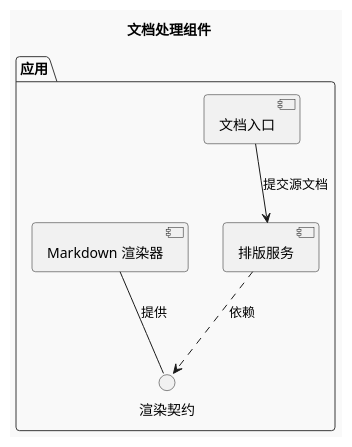
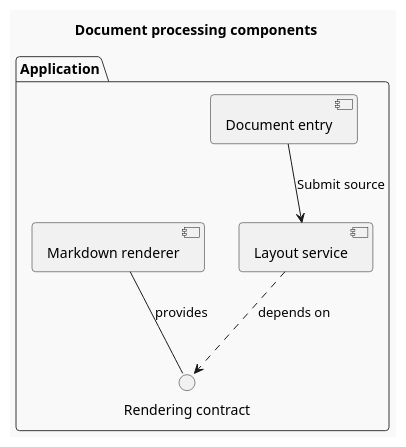
Before and after one commit to def-peter/fuxian: the first of 2 diagrams in skills/fuxian-diagram/references/plantuml/architecture-deployment.md, drawn with PlantUML. The commit also changed other lines of this file and 43 other files, not shown here.

Commit message:
feat(skills): internationalize diagram guides and expand type selection

````diff
--- a/skills/fuxian-diagram/references/plantuml/architecture-deployment.md
+++ b/skills/fuxian-diagram/references/plantuml/architecture-deployment.md
@@ -7,15 +7,15 @@
 ```plantuml
 @startuml
 !theme mars
-title 文档处理组件
-package "应用" {
-  component "文档入口" as Entry
-  component "排版服务" as Layout
-  interface "渲染契约" as Contract
-  component "Markdown 渲染器" as Markdown
+title Document processing components
+package "Application" {
+  component "Document entry" as Entry
+  component "Layout service" as Layout
+  interface "Rendering contract" as Contract
+  component "Markdown renderer" as Markdown
 }
-Entry --> Layout : 提交源文档
-Layout ..> Contract : 依赖
-Markdown -- Contract : 提供
+Entry --> Layout : Submit source
+Layout ..> Contract : depends on
+Markdown -- Contract : provides
 @enduml
 ```
````
